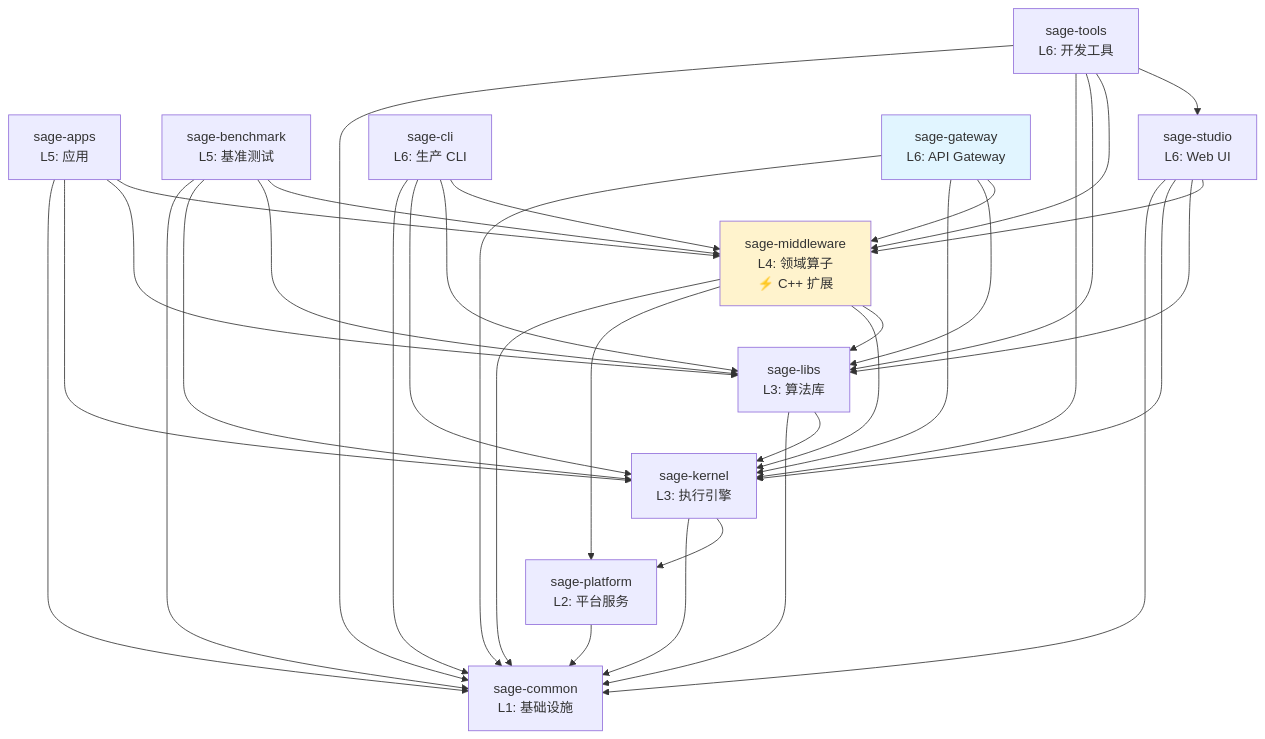
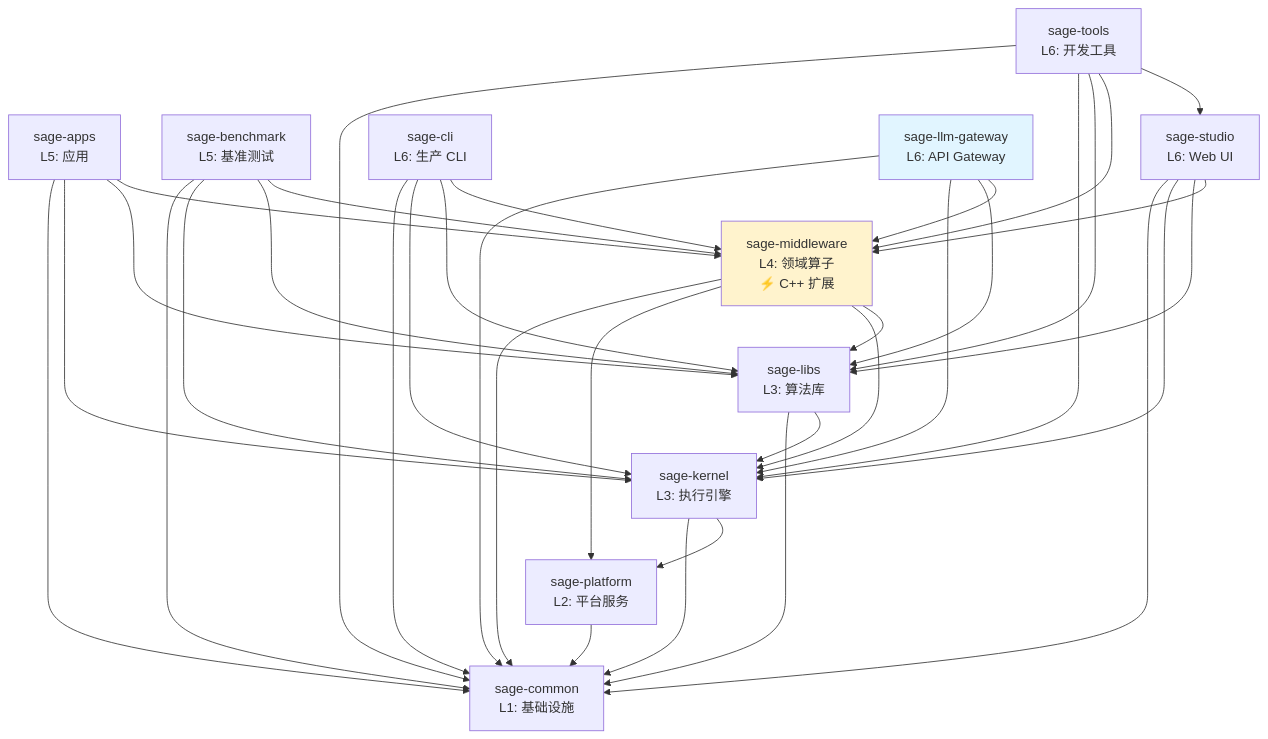
One commit to intellistream/SAGE-Pub changed the diagram in docs_src/concepts/architecture/package-structure.md. Above: the diagram before and after it, drawn with Mermaid. The commit also changed other lines of this file and 58 other files, not shown here.

````diff
--- a/docs_src/concepts/architecture/package-structure.md
+++ b/docs_src/concepts/architecture/package-structure.md
@@ -29,65 +29,65 @@
 ```mermaid
 graph TD
     common[sage-common<br/>L1: 基础设施]
 
     platform[sage-platform<br/>L2: 平台服务]
 
     kernel[sage-kernel<br/>L3: 执行引擎]
     libs[sage-libs<br/>L3: 算法库]
 
     middleware[sage-middleware<br/>L4: 领域算子<br/>⚡ C++ 扩展]
 
     apps[sage-apps<br/>L5: 应用]
     benchmark[sage-benchmark<br/>L5: 基准测试]
 
     studio[sage-studio<br/>L6: Web UI]
     cli[sage-cli<br/>L6: 生产 CLI]
     tools[sage-tools<br/>L6: 开发工具]
-    gateway[sage-gateway<br/>L6: API Gateway]
+    gateway[sage-llm-gateway<br/>L6: API Gateway]
 
     platform --> common
 
     kernel --> common
     kernel --> platform
     libs --> common
     libs --> kernel
 
     middleware --> common
     middleware --> platform
     middleware --> kernel
     middleware --> libs
 
     apps --> common
     apps --> kernel
     apps --> libs
     apps --> middleware
 
     benchmark --> common
     benchmark --> kernel
     benchmark --> libs
     benchmark --> middleware
 
     studio --> common
     studio --> kernel
     studio --> libs
     studio --> middleware
 
     cli --> common
     cli --> kernel
     cli --> libs
     cli --> middleware
 
     tools --> common
     tools --> kernel
     tools --> libs
     tools --> middleware
     tools --> studio
 
     gateway --> common
     gateway --> kernel
     gateway --> libs
     gateway --> middleware
 
     style middleware fill:#fff3cd
     style gateway fill:#e1f5ff
 ```
````
